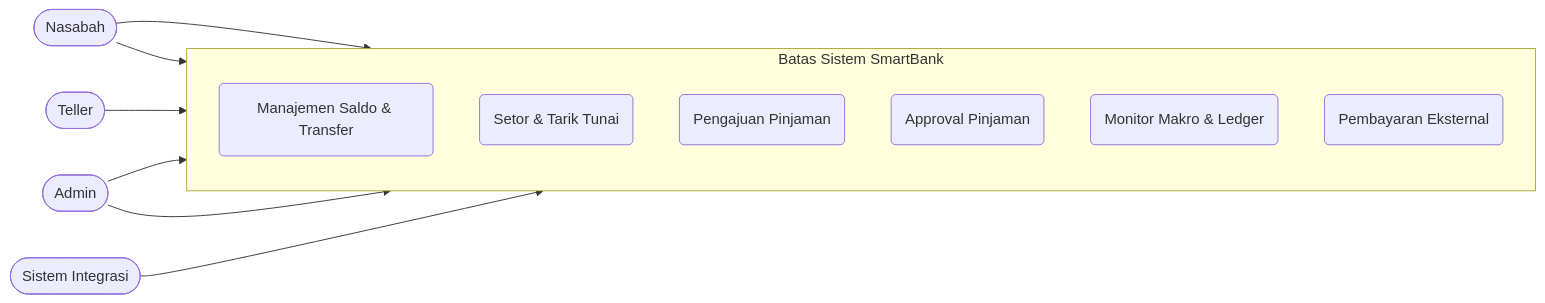
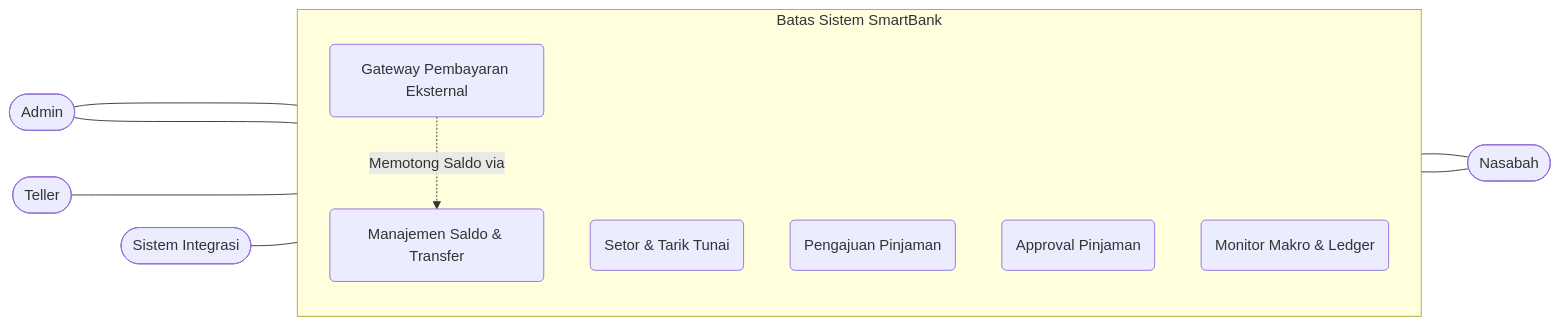
The third of 3 diagrams in docs/srs/SRS_SmartBank.md (Saha-hub123/smartbank), drawn with Mermaid before and after one commit. The commit also changed other lines of this file and 2 other files, not shown here.

````diff
--- a/docs/srs/SRS_SmartBank.md
+++ b/docs/srs/SRS_SmartBank.md
@@ -180,27 +221,34 @@
 ```mermaid
 flowchart LR
     %% Actors
+    Admin([Admin])
+    Teller([Teller])
+    Integrasi([Sistem Integrasi])
     Nasabah([Nasabah])
-    Teller([Teller])
-    Admin([Admin])
-    Integrasi([Sistem Integrasi])
 
     %% System Boundary
     subgraph SmartBank [Batas Sistem SmartBank]
         direction TB
         UC1(Manajemen Saldo & Transfer)
         UC2(Setor & Tarik Tunai)
         UC3(Pengajuan Pinjaman)
         UC4(Approval Pinjaman)
         UC5(Monitor Makro & Ledger)
-        UC6(Pembayaran Eksternal)
+        UC6(Gateway Pembayaran Eksternal)
     end
 
-    %% Actor to Use Case
-    Nasabah --> UC1
-    Nasabah --> UC3
-    Teller --> UC2
-    Admin --> UC4
-    Admin --> UC5
-    Integrasi --> UC6
+    %% Actor to Use Case (Kiri)
+    %% Ditulis mulai dari Actor --- Use Case
+    Admin ---- UC4
+    Admin ---- UC5
+    Teller ---- UC2
+    Integrasi --- UC6
+
+    %% Use Case to Actor (Kanan)
+    %% Ditulis mulai dari Use Case --- Actor
+    UC1 --- Nasabah
+    UC3 --- Nasabah
+    
+    %% Relasi Internal
+    UC6 -.->|Memotong Saldo via| UC1
 ```
````
